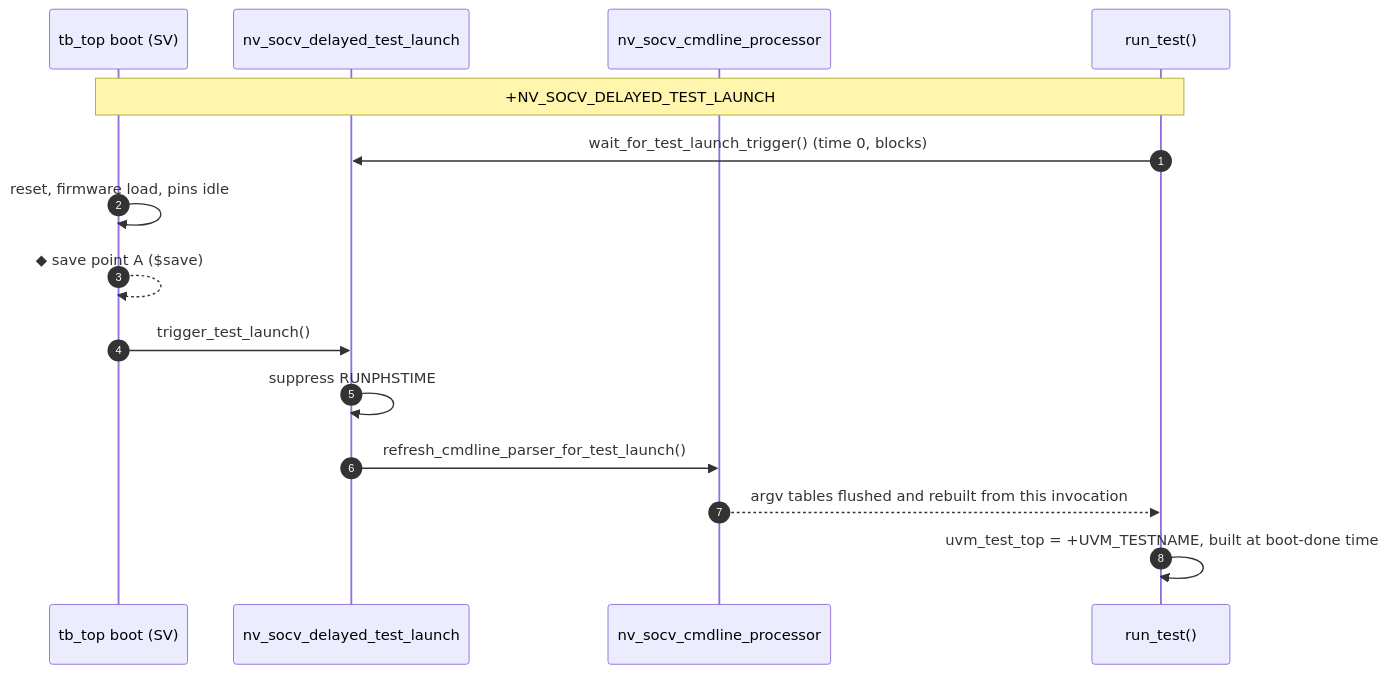
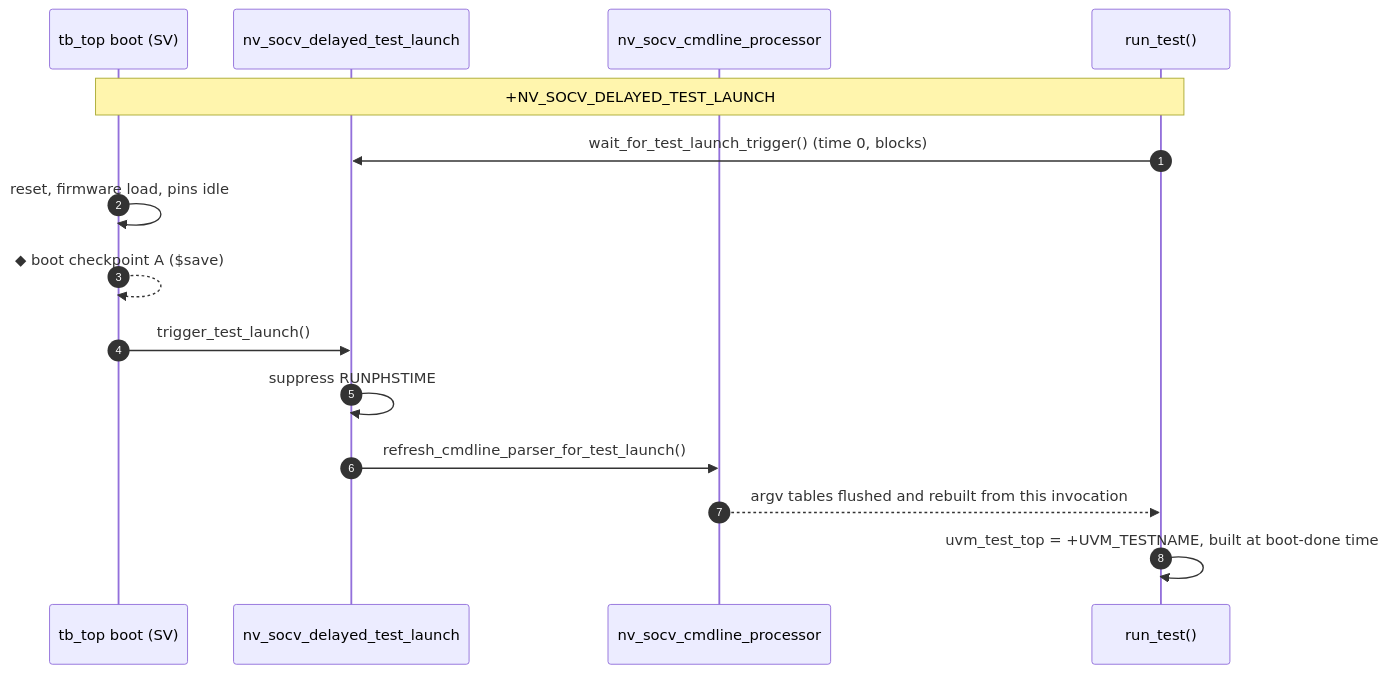
One commit to nmoradiya1991/nv_sim_restore changed the first of 2 diagrams in doc/delayed_launch.md. Above: the diagram before and after it, drawn with Mermaid. The commit also changed other lines of this file and 23 other files, not shown here.

````diff
--- a/doc/delayed_launch.md
+++ b/doc/delayed_launch.md
@@ -7,17 +8,17 @@
 ```mermaid
 sequenceDiagram
     autonumber
     participant Boot as tb_top boot (SV)
     participant Gate as nv_socv_delayed_test_launch
     participant CLP as nv_socv_cmdline_processor
     participant UVM as run_test()
     Note over Boot,UVM: +NV_SOCV_DELAYED_TEST_LAUNCH
     UVM->>Gate: wait_for_test_launch_trigger()  (time 0, blocks)
     Boot->>Boot: reset, firmware load, pins idle
-    Boot-->>Boot: ◆ save point A  ($save)
+    Boot-->>Boot: ◆ boot checkpoint A  ($save)
     Boot->>Gate: trigger_test_launch()
     Gate->>Gate: suppress RUNPHSTIME
     Gate->>CLP: refresh_cmdline_parser_for_test_launch()
     CLP-->>UVM: argv tables flushed and rebuilt from this invocation
     UVM->>UVM: uvm_test_top = +UVM_TESTNAME, built at boot-done time
 ```
````
